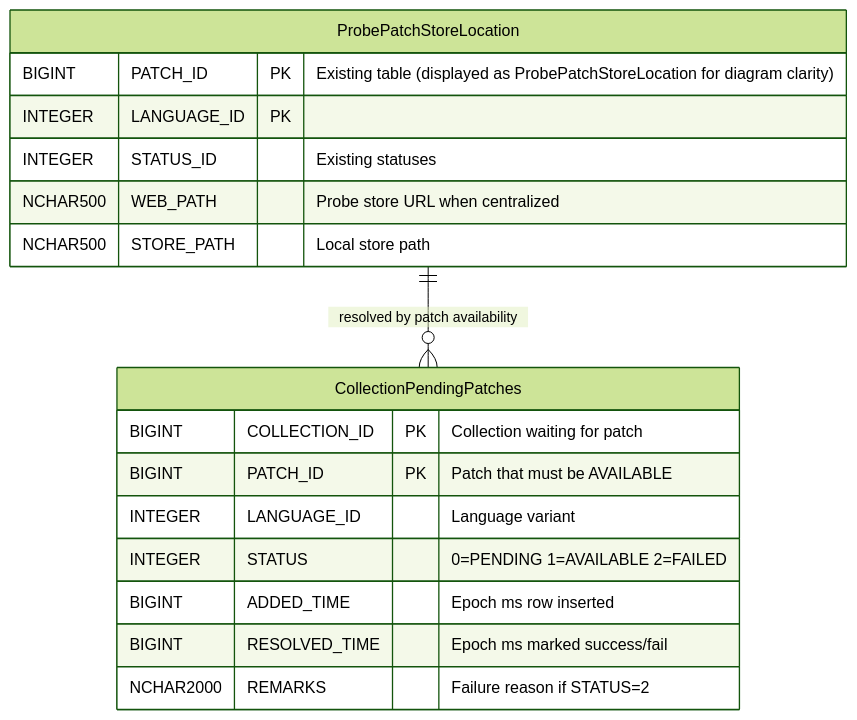
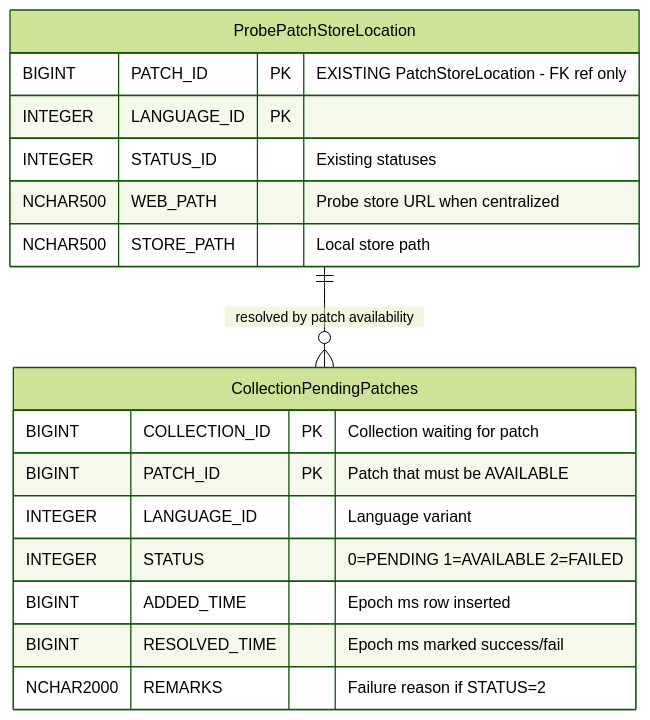
One commit to ranjithkumar-a-23525/RebaseEx changed the second of 2 diagrams in low-level-design-v2.md. Above: the diagram before and after it, drawn with Mermaid (forest theme). The commit also changed other lines of this file, not shown here.

````diff
--- a/low-level-design-v2.md
+++ b/low-level-design-v2.md
@@ -962,22 +978,30 @@
 ```mermaid
 erDiagram
-    ProbePatchStoreLocation {
-        BIGINT PATCH_ID PK "Existing table (displayed as ProbePatchStoreLocation for diagram clarity)"
-        INTEGER LANGUAGE_ID PK
-        INTEGER STATUS_ID "Existing statuses"
-        NCHAR500 WEB_PATH "Probe store URL when centralized"
-        NCHAR500 STORE_PATH "Local store path"
-    }
+    %% ── NEW TABLE ──────────────────────────────────────────
 
     CollectionPendingPatches {
         BIGINT COLLECTION_ID PK "Collection waiting for patch"
         BIGINT PATCH_ID PK "Patch that must be AVAILABLE"
         INTEGER LANGUAGE_ID "Language variant"
         INTEGER STATUS "0=PENDING 1=AVAILABLE 2=FAILED"
         BIGINT ADDED_TIME "Epoch ms row inserted"
         BIGINT RESOLVED_TIME "Epoch ms marked success/fail"
         NCHAR2000 REMARKS "Failure reason if STATUS=2"
     }
 
+    %% ── EXISTING TABLE (shown for FK reference only) ───────
+    %% Actual table name on Probe is PatchStoreLocation
+    %% Renamed here to avoid visual clash with SS-side table
+
+    ProbePatchStoreLocation {
+        BIGINT PATCH_ID PK "EXISTING PatchStoreLocation - FK ref only"
+        INTEGER LANGUAGE_ID PK
+        INTEGER STATUS_ID "Existing statuses"
+        NCHAR500 WEB_PATH "Probe store URL when centralized"
+        NCHAR500 STORE_PATH "Local store path"
+    }
+
+    %% ── RELATIONSHIPS ──────────────────────────────────────
+
     ProbePatchStoreLocation ||--o{ CollectionPendingPatches : "resolved by patch availability"
 ```
````
